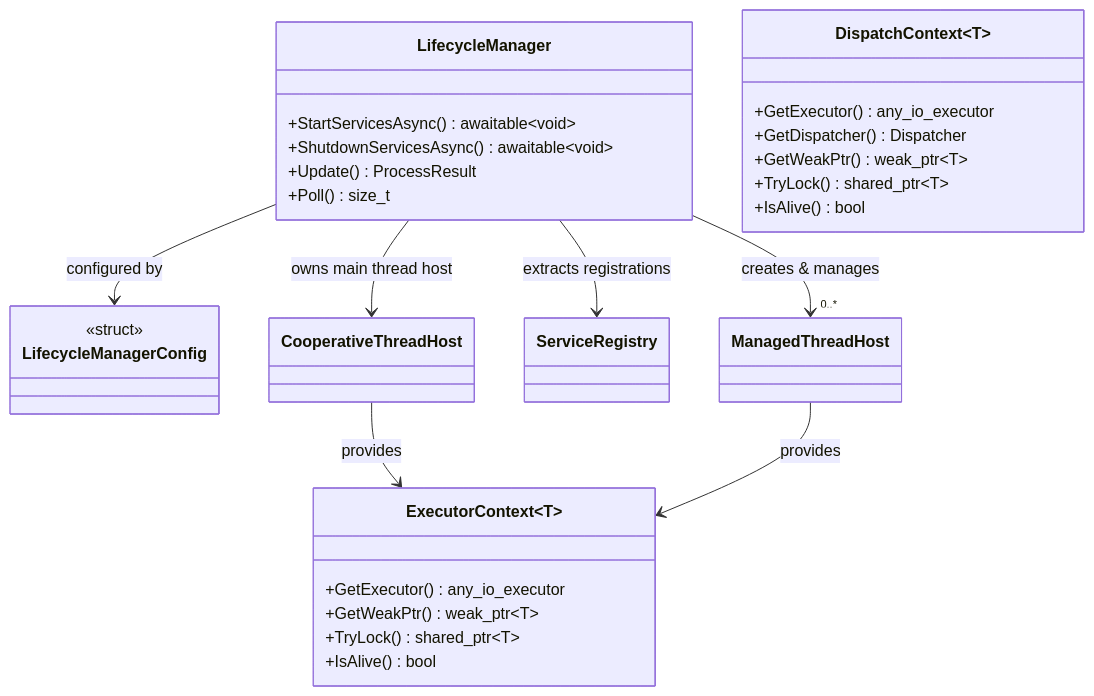
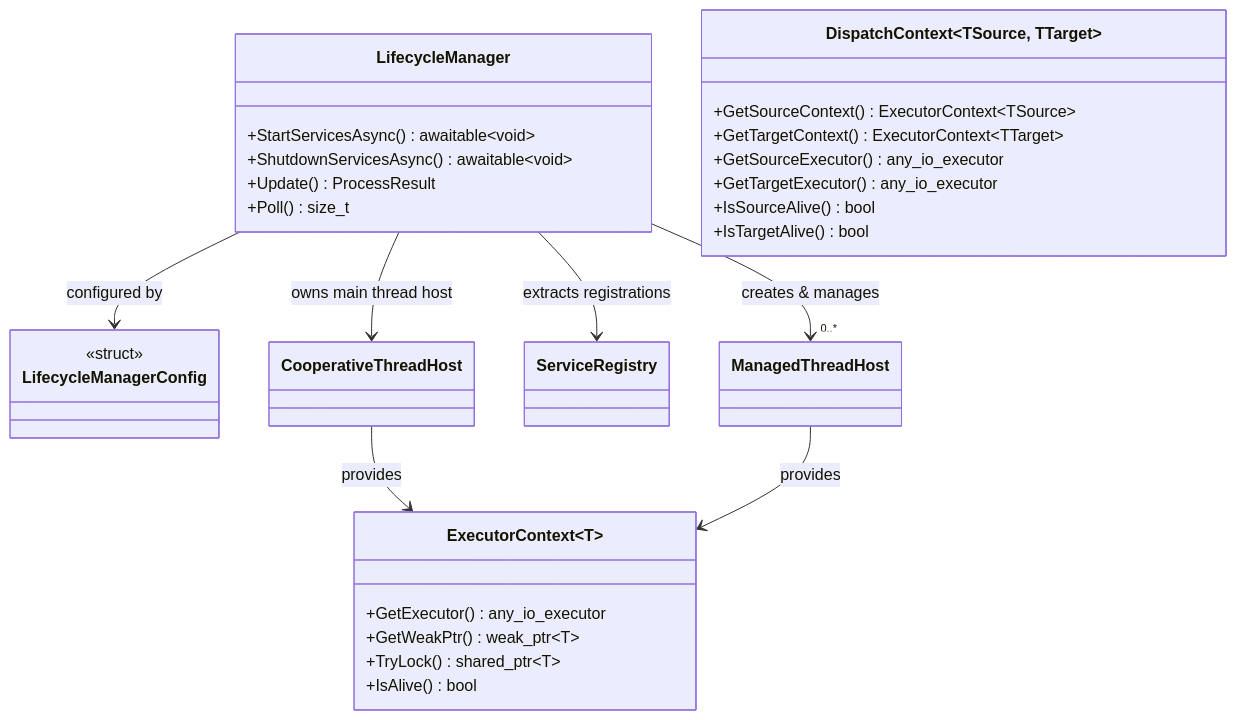
Before and after one commit to Unarmed1000/ServiceFrameworkExperiments: the second of 12 diagrams in docs/class-diagrams.md, drawn with Mermaid. The commit also changed other lines of this file, not shown here.

Commit message:
Refactor DispatchContext class to support source and target contexts with improved method names for clarity

````diff
--- a/docs/class-diagrams.md
+++ b/docs/class-diagrams.md
@@ -51,41 +51,42 @@
 ```mermaid
 classDiagram
     direction TB
 
     class LifecycleManager {
         +StartServicesAsync() awaitable~void~
         +ShutdownServicesAsync() awaitable~void~
         +Update() ProcessResult
         +Poll() size_t
     }
 
     class LifecycleManagerConfig {
         <<struct>>
     }
 
     class ExecutorContext~T~ {
         +GetExecutor() any_io_executor
         +GetWeakPtr() weak_ptr~T~
         +TryLock() shared_ptr~T~
         +IsAlive() bool
     }
 
-    class DispatchContext~T~ {
-        +GetExecutor() any_io_executor
-        +GetDispatcher() Dispatcher
-        +GetWeakPtr() weak_ptr~T~
-        +TryLock() shared_ptr~T~
-        +IsAlive() bool
+    class DispatchContext~TSource, TTarget~ {
+        +GetSourceContext() ExecutorContext~TSource~
+        +GetTargetContext() ExecutorContext~TTarget~
+        +GetSourceExecutor() any_io_executor
+        +GetTargetExecutor() any_io_executor
+        +IsSourceAlive() bool
+        +IsTargetAlive() bool
     }
 
     class CooperativeThreadHost
     class ServiceRegistry
     class ManagedThreadHost
 
     LifecycleManager --> LifecycleManagerConfig : configured by
     LifecycleManager --> ServiceRegistry : extracts registrations
     LifecycleManager --> CooperativeThreadHost : owns main thread host
     LifecycleManager --> "0..*" ManagedThreadHost : creates & manages
     CooperativeThreadHost --> ExecutorContext : provides
     ManagedThreadHost --> ExecutorContext : provides
 ```
````
